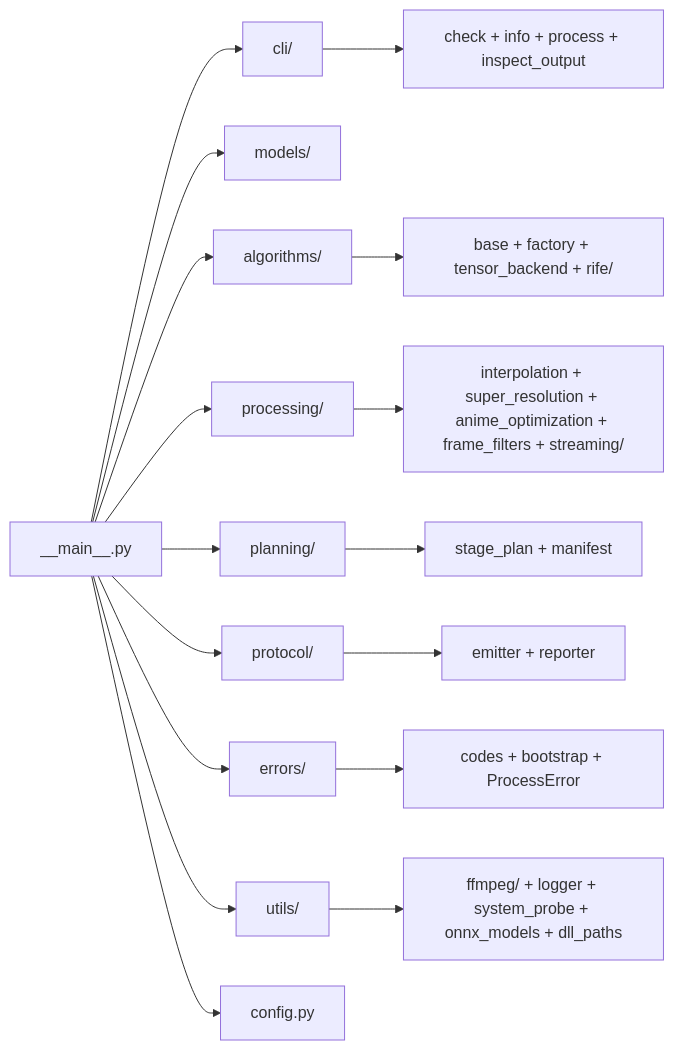
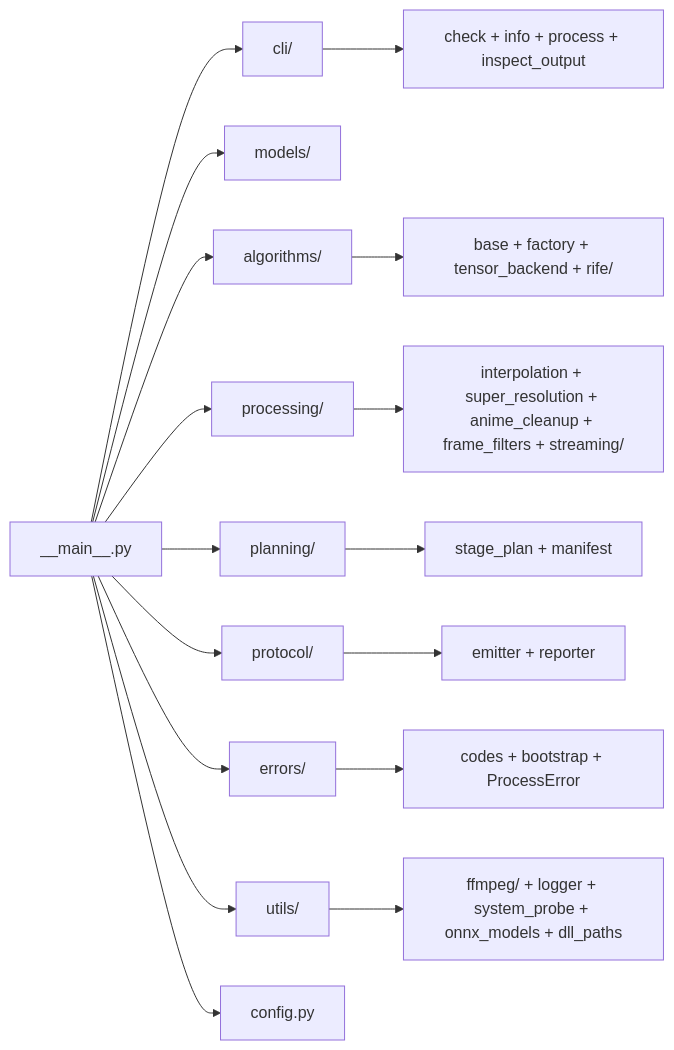
Before and after one commit to youge325/vp: the fourth of 4 diagrams in docs/01-architecture-overview.md, drawn with Mermaid. The commit also changed other lines of this file and 192 other files, not shown here.

Commit message:
feat(app): 添加 Anime Cleanup 滤镜与 trim 协议

````diff
--- a/docs/01-architecture-overview.md
+++ b/docs/01-architecture-overview.md
@@ -185,20 +185,20 @@
 ```mermaid
 graph LR
     A[__main__.py] --> B[cli/]
     A --> C[models/]
     A --> D[algorithms/]
     A --> E[processing/]
     A --> F[planning/]
     A --> G[protocol/]
     A --> H[errors/]
     A --> I[utils/]
     A --> J[config.py]
 
     B --> B1[check + info + process + inspect_output]
     D --> D1[base + factory + tensor_backend + rife/]
-    E --> E1[interpolation + super_resolution + anime_optimization + frame_filters + streaming/]
+    E --> E1[interpolation + super_resolution + anime_cleanup + frame_filters + streaming/]
     F --> F1[stage_plan + manifest]
     G --> G1[emitter + reporter]
     H --> H1[codes + bootstrap + ProcessError]
     I --> I1[ffmpeg/ + logger + system_probe + onnx_models + dll_paths]
 ```
````
